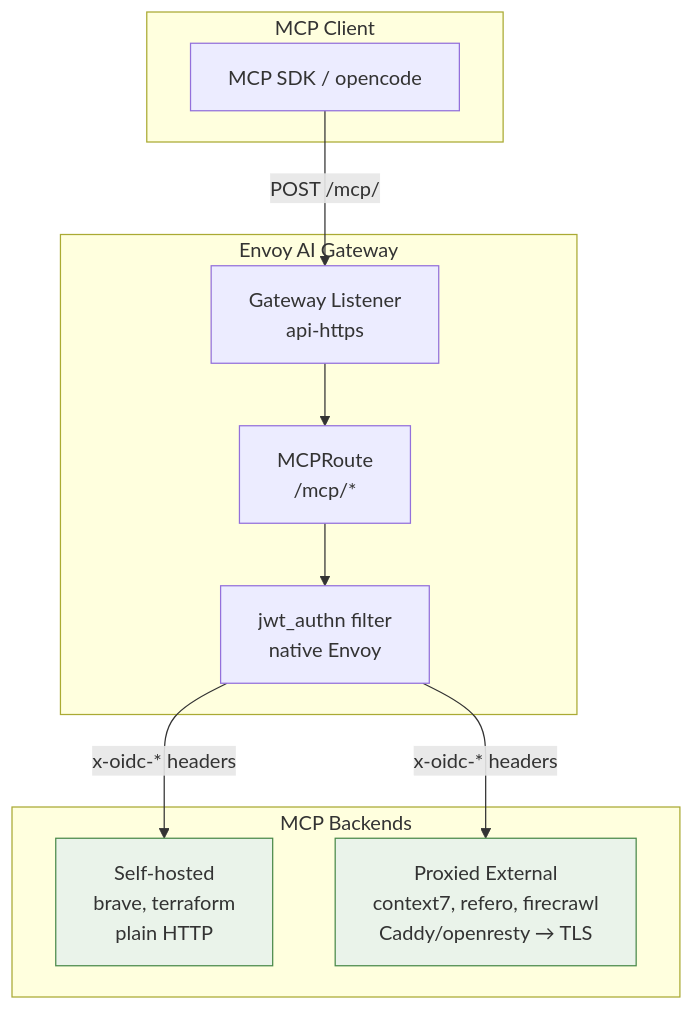
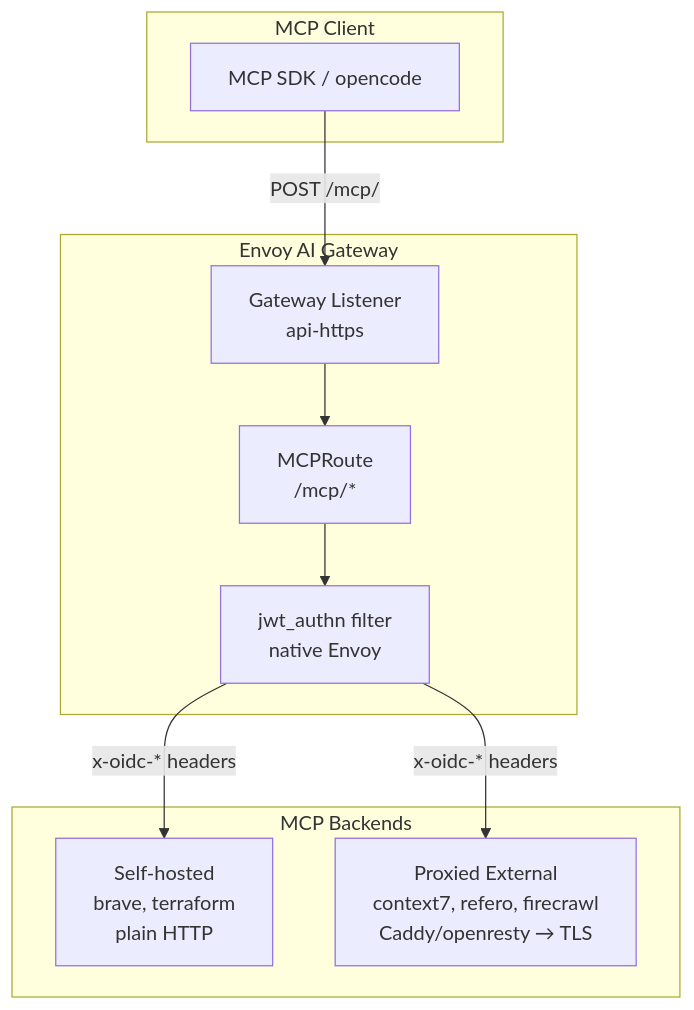
Before and after one commit to ADORSYS-GIS/ai-helm: the third of 11 diagrams in docs/mcp/01-envoy-mcp-research.md, drawn with Mermaid. The commit also changed other lines of this file and 13 other files, not shown here.

First line of the commit message:
docs(architecture): uncolor all mermaid; refresh CD/components; add diagrams

````diff
--- a/docs/mcp/01-envoy-mcp-research.md
+++ b/docs/mcp/01-envoy-mcp-research.md
@@ -141,26 +139,24 @@
 ```mermaid
 flowchart TB
     subgraph Client["MCP Client"]
         SDK["MCP SDK / opencode"]
     end
     
     subgraph Gateway["Envoy AI Gateway"]
         GW["Gateway Listener<br/>api-https"]
         MCPR["MCPRoute<br/>/mcp/*"]
         JWTAUTH["jwt_authn filter<br/>native Envoy"]
     end
     
     subgraph Backends["MCP Backends"]
         SELF["Self-hosted<br/>brave, terraform<br/>plain HTTP"]
         PROXY["Proxied External<br/>context7, refero, firecrawl<br/>Caddy/openresty → TLS"]
     end
     
     SDK -->|"POST /mcp/<name>"| GW
     GW --> MCPR
     MCPR --> JWTAUTH
     JWTAUTH -->|"x-oidc-* headers"| SELF
     JWTAUTH -->|"x-oidc-* headers"| PROXY
     
-    classDef own fill:#eaf3ea,stroke:#4a8a4a;
-    class SELF,PROXY own;
 ```
````
